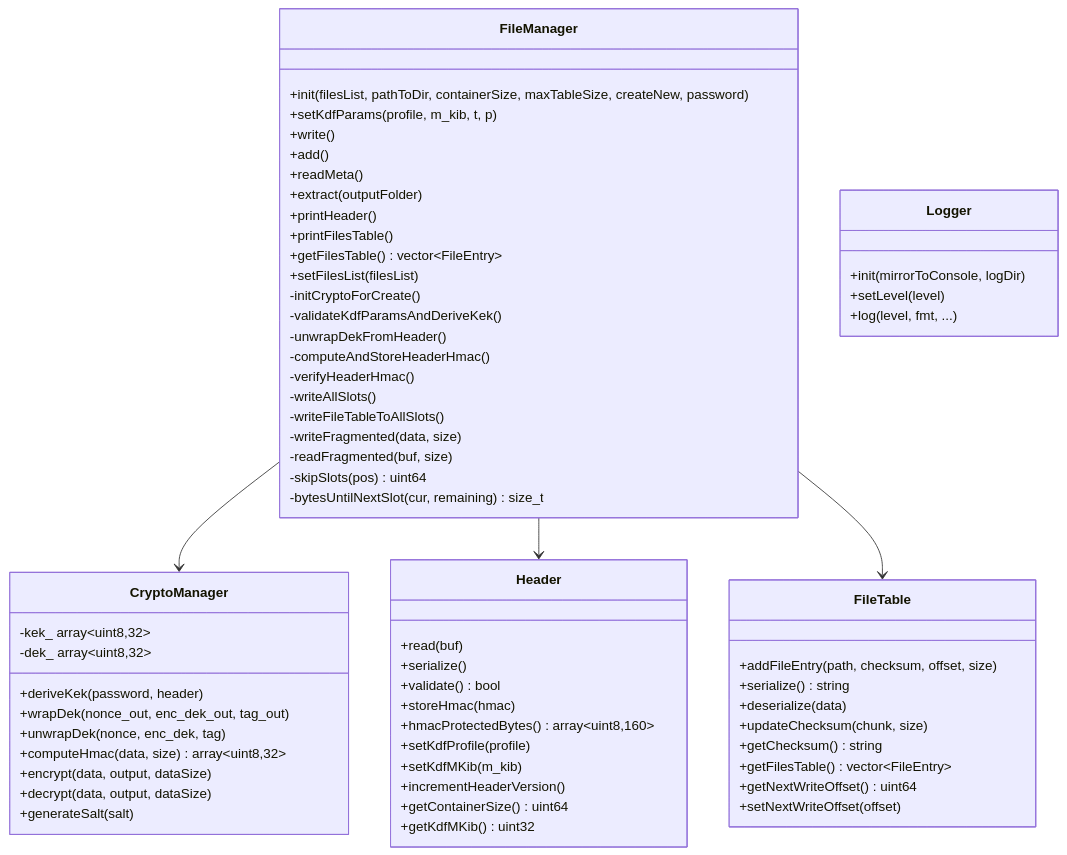
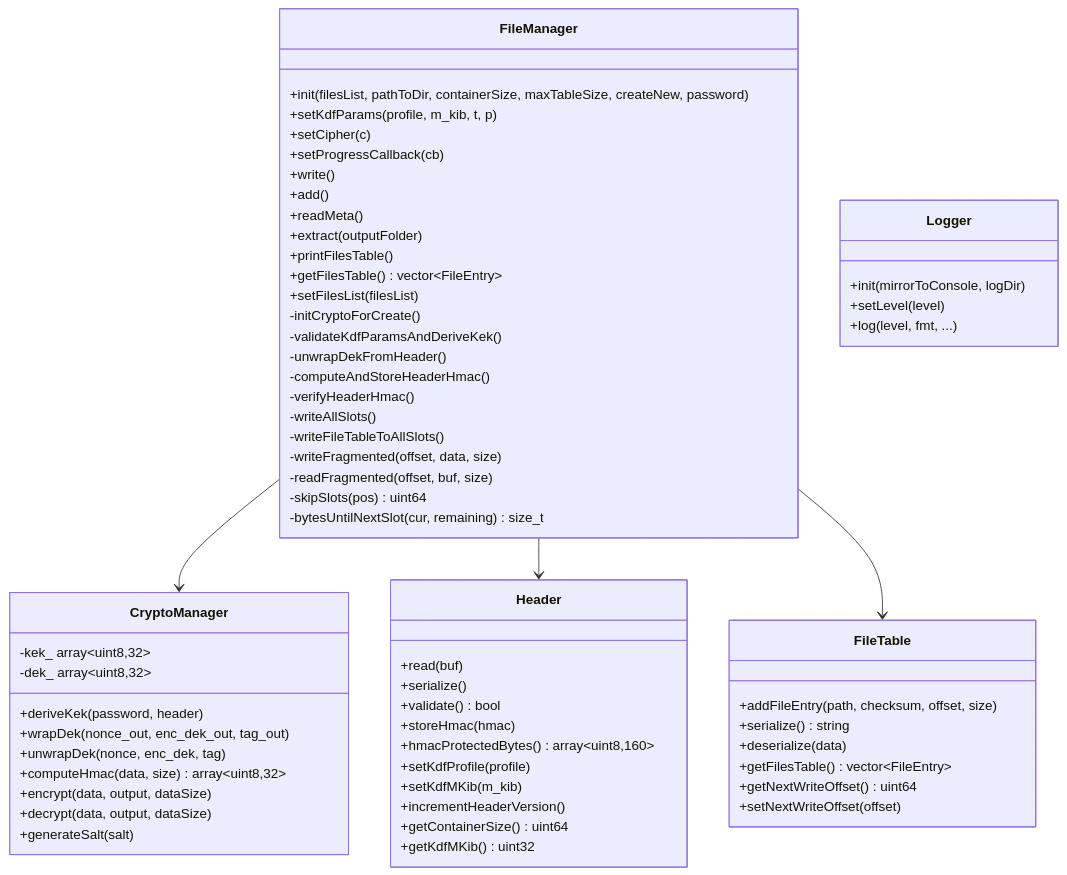
The second of 2 diagrams in docs/architecture.md (TheatreLight/scef), drawn with Mermaid before and after one commit. The commit also changed other lines of this file and 57 other files, not shown here.

````diff
--- a/docs/architecture.md
+++ b/docs/architecture.md
@@ -151,72 +151,71 @@
 ```mermaid
 classDiagram
     class FileManager {
         +init(filesList, pathToDir, containerSize, maxTableSize, createNew, password)
         +setKdfParams(profile, m_kib, t, p)
+        +setCipher(c)
+        +setProgressCallback(cb)
         +write()
         +add()
         +readMeta()
         +extract(outputFolder)
-        +printHeader()
         +printFilesTable()
         +getFilesTable() vector~FileEntry~
         +setFilesList(filesList)
         -initCryptoForCreate()
         -validateKdfParamsAndDeriveKek()
         -unwrapDekFromHeader()
         -computeAndStoreHeaderHmac()
         -verifyHeaderHmac()
         -writeAllSlots()
         -writeFileTableToAllSlots()
-        -writeFragmented(data, size)
-        -readFragmented(buf, size)
+        -writeFragmented(offset, data, size)
+        -readFragmented(offset, buf, size)
         -skipSlots(pos) uint64
         -bytesUntilNextSlot(cur, remaining) size_t
     }
 
     class CryptoManager {
         +deriveKek(password, header)
         +wrapDek(nonce_out, enc_dek_out, tag_out)
         +unwrapDek(nonce, enc_dek, tag)
         +computeHmac(data, size) array~uint8,32~
         +encrypt(data, output, dataSize)
         +decrypt(data, output, dataSize)
         +generateSalt(salt)
         -kek_ array~uint8,32~
         -dek_ array~uint8,32~
     }
 
     class Header {
         +read(buf)
         +serialize()
         +validate() bool
         +storeHmac(hmac)
         +hmacProtectedBytes() array~uint8,160~
         +setKdfProfile(profile)
         +setKdfMKib(m_kib)
         +incrementHeaderVersion()
         +getContainerSize() uint64
         +getKdfMKib() uint32
     }
 
     class FileTable {
         +addFileEntry(path, checksum, offset, size)
         +serialize() string
         +deserialize(data)
-        +updateChecksum(chunk, size)
-        +getChecksum() string
         +getFilesTable() vector~FileEntry~
         +getNextWriteOffset() uint64
         +setNextWriteOffset(offset)
     }
 
     class Logger {
         +init(mirrorToConsole, logDir)
         +setLevel(level)
         +log(level, fmt, ...)
     }
 
     FileManager --> CryptoManager
     FileManager --> Header
     FileManager --> FileTable
 ```
````
